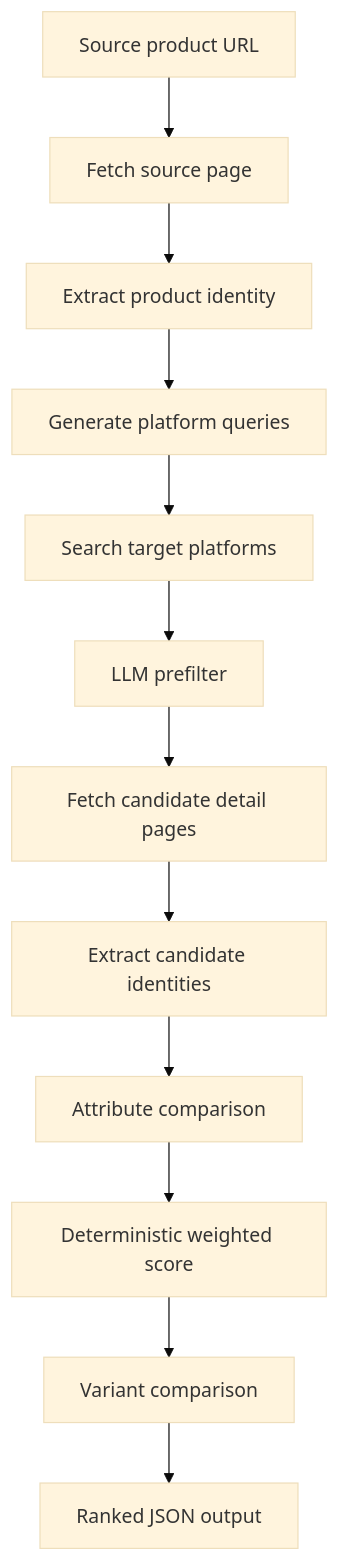
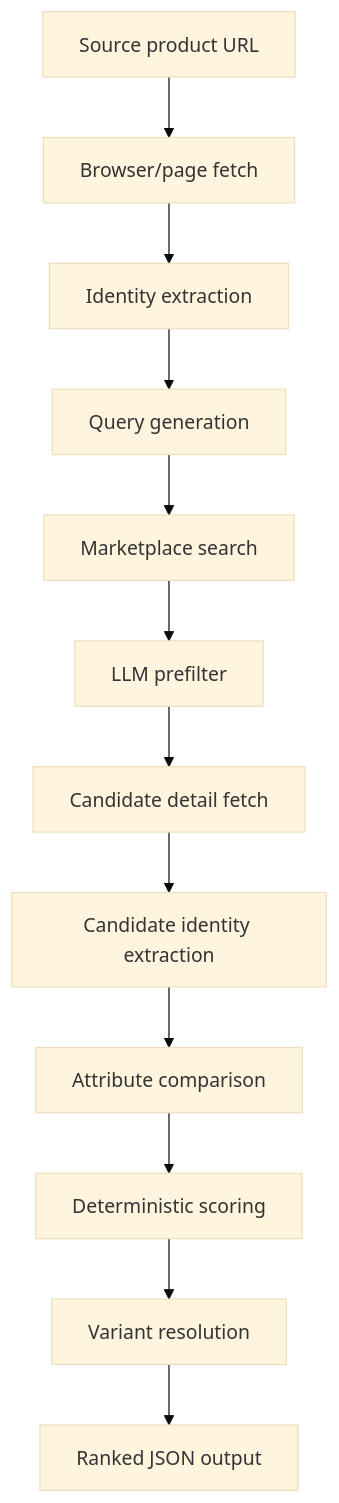
The diagram in projects/product-matcher/README.md (mamidevs/mamidevs.github.io), drawn with Mermaid (base theme) before and after one commit. The commit also changed other lines of this file and 3 other files, not shown here.

````diff
--- a/projects/product-matcher/README.md
+++ b/projects/product-matcher/README.md
@@ -37,14 +35,14 @@
 ```mermaid
 flowchart TD
-  A["Source product URL"] --> B["Fetch source page"]
-  B --> C["Extract product identity"]
-  C --> D["Generate platform queries"]
-  D --> E["Search target platforms"]
+  A["Source product URL"] --> B["Browser/page fetch"]
+  B --> C["Identity extraction"]
+  C --> D["Query generation"]
+  D --> E["Marketplace search"]
   E --> F["LLM prefilter"]
-  F --> G["Fetch candidate detail pages"]
-  G --> H["Extract candidate identities"]
+  F --> G["Candidate detail fetch"]
+  G --> H["Candidate identity extraction"]
   H --> I["Attribute comparison"]
-  I --> J["Deterministic weighted score"]
-  J --> K["Variant comparison"]
+  I --> J["Deterministic scoring"]
+  J --> K["Variant resolution"]
   K --> L["Ranked JSON output"]
 ```
````
